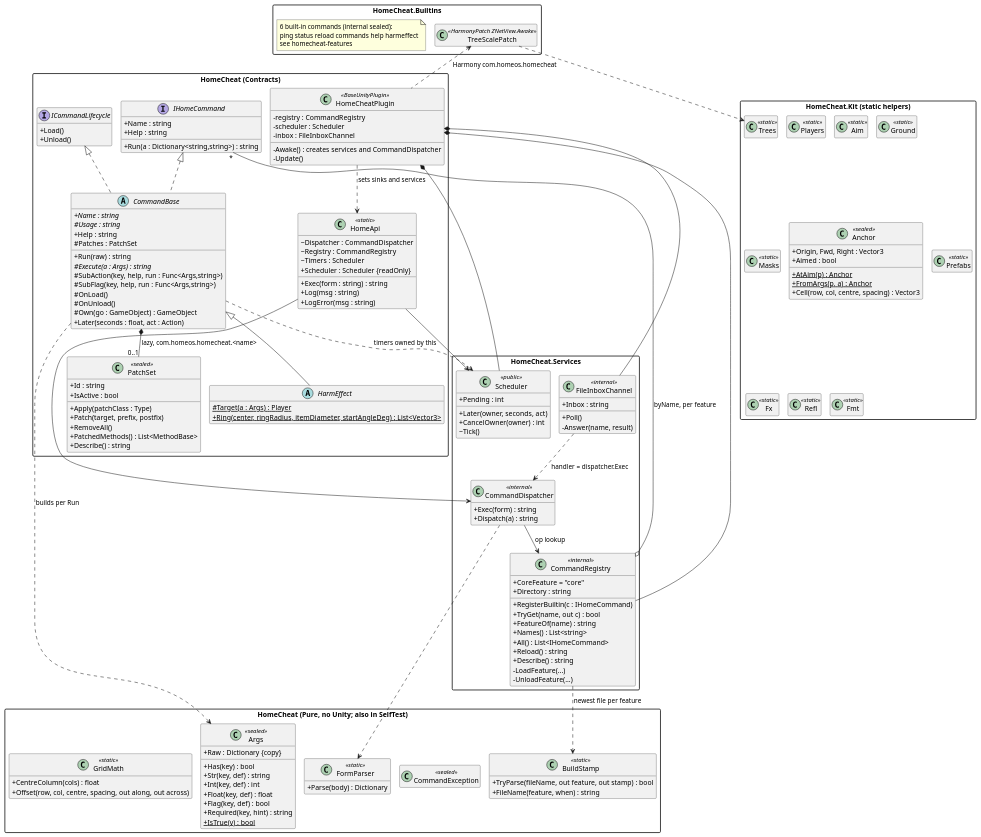
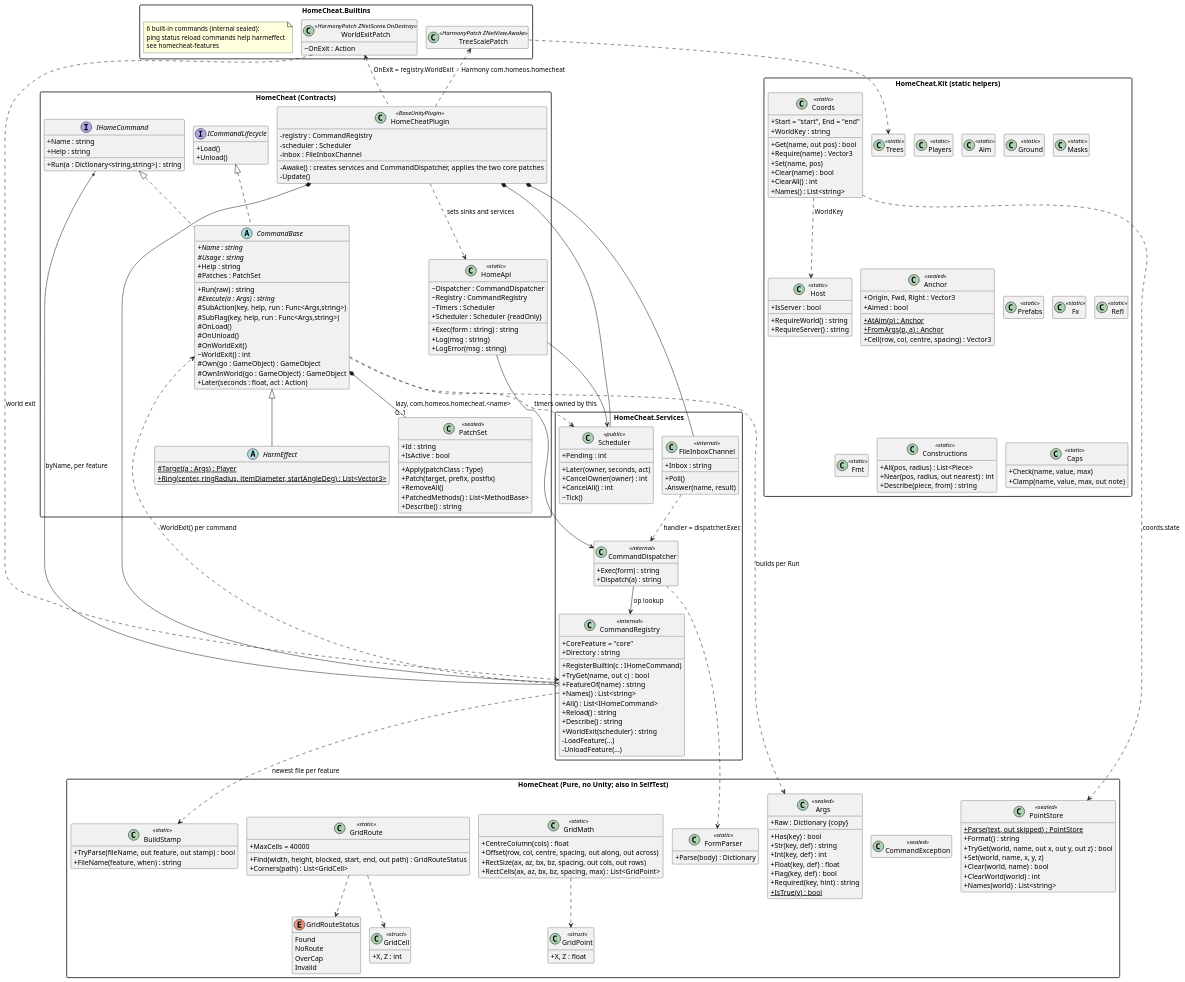
The diagram in docs/diagrams/homecheat-core.puml (Maksym-Denysiuk/ValheimMods), drawn with PlantUML before and after one commit. The commit also changed 21 other files, not shown here.

First line of the commit message:
HomeCheat core wave 0: host guard, coords, constructions, grid route, world exit

```diff
--- a/docs/diagrams/homecheat-core.puml
+++ b/docs/diagrams/homecheat-core.puml
@@ -1,5 +1,5 @@
 @startuml homecheat-core
-' HomeCheat core (HomeCheat.dll): contracts, services, Pure, Kit, built-ins. Checked against src/Core on 2026-10-25.
+' HomeCheat core (HomeCheat.dll): contracts, services, Pure, Kit, built-ins. Checked against src/Core on 2026-10-25 (wave 0 core pass: Host, Coords, Constructions, Caps, GridRoute, world exit).
 !pragma layout smetana
 skinparam classAttributeIconSize 0
 skinparam shadowing false
@@ -12,7 +12,7 @@
     -registry : CommandRegistry
     -scheduler : Scheduler
     -inbox : FileInboxChannel
-    -Awake() : creates services and CommandDispatcher
+    -Awake() : creates services and CommandDispatcher, applies the two core patches
     -Update()
   }
   class HomeApi <<static>> {
@@ -43,8 +43,11 @@
     #SubFlag(key, help, run : Func<Args,string>)
     #OnLoad()
     #OnUnload()
+    #OnWorldExit()
+    ~WorldExit() : int
     #Patches : PatchSet
     #Own(go : GameObject) : GameObject
+    #OwnInWorld(go : GameObject) : GameObject
     +Later(seconds : float, act : Action)
   }
   abstract class HarmEffect {
@@ -84,6 +87,34 @@
   class GridMath <<static>> {
     +CentreColumn(cols) : float
     +Offset(row, col, centre, spacing, out along, out across)
+    +RectSize(ax, az, bx, bz, spacing, out cols, out rows)
+    +RectCells(ax, az, bx, bz, spacing, max) : List<GridPoint>
+  }
+  class GridRoute <<static>> {
+    +MaxCells = 40000
+    +Find(width, height, blocked, start, end, out path) : GridRouteStatus
+    +Corners(path) : List<GridCell>
+  }
+  enum GridRouteStatus {
+    Found
+    NoRoute
+    OverCap
+    Invalid
+  }
+  class GridPoint <<struct>> {
+    +X, Z : float
+  }
+  class GridCell <<struct>> {
+    +X, Z : int
+  }
+  class PointStore <<sealed>> {
+    +{static} Parse(text, out skipped) : PointStore
+    +Format() : string
+    +TryGet(world, name, out x, out y, out z) : bool
+    +Set(world, name, x, y, z)
+    +Clear(world, name) : bool
+    +ClearWorld(world) : int
+    +Names(world) : List<string>
   }
 }
 
@@ -98,6 +129,7 @@
     +All() : List<IHomeCommand>
     +Reload() : string
     +Describe() : string
+    +WorldExit(scheduler) : string
     -LoadFeature(...)
     -UnloadFeature(...)
   }
@@ -113,6 +145,7 @@
   class Scheduler <<public>> {
     +Later(owner, seconds, act)
     +CancelOwner(owner) : int
+    +CancelAll() : int
     +Pending : int
     ~Tick()
   }
@@ -135,10 +168,37 @@
   class Trees <<static>>
   class Refl <<static>>
   class Fmt <<static>>
+  class Host <<static>> {
+    +IsServer : bool
+    +RequireWorld() : string
+    +RequireServer() : string
+  }
+  class Coords <<static>> {
+    +Start = "start", End = "end"
+    +WorldKey : string
+    +Get(name, out pos) : bool
+    +Require(name) : Vector3
+    +Set(name, pos)
+    +Clear(name) : bool
+    +ClearAll() : int
+    +Names() : List<string>
+  }
+  class Constructions <<static>> {
+    +All(pos, radius) : List<Piece>
+    +Near(pos, radius, out nearest) : int
+    +Describe(piece, from) : string
+  }
+  class Caps <<static>> {
+    +Check(name, value, max)
+    +Clamp(name, value, max, out note)
+  }
 }
 
 package "HomeCheat.Builtins" {
   class TreeScalePatch <<HarmonyPatch ZNetView.Awake>>
+  class WorldExitPatch <<HarmonyPatch ZNetScene.OnDestroy>> {
+    ~OnExit : Action
+  }
   note "6 built-in commands (internal sealed):\nping status reload commands help harmeffect\nsee homecheat-features" as NB
 }
 
@@ -147,6 +207,9 @@
 HomeCheatPlugin *-- FileInboxChannel
 HomeCheatPlugin ..> HomeApi : sets sinks and services
 TreeScalePatch <.. HomeCheatPlugin : Harmony com.homeos.homecheat
+WorldExitPatch <.. HomeCheatPlugin : OnExit = registry.WorldExit
+WorldExitPatch ..> CommandRegistry : world exit
+CommandRegistry ..> CommandBase : WorldExit() per command
 FileInboxChannel ..> CommandDispatcher : handler = dispatcher.Exec
 CommandDispatcher --> CommandRegistry : op lookup
 CommandDispatcher ..> FormParser
@@ -163,4 +226,9 @@
 CommandBase ..> Scheduler : timers owned by this
 
 TreeScalePatch ..> Trees
+GridRoute ..> GridCell
+GridRoute ..> GridRouteStatus
+GridMath ..> GridPoint
+Coords ..> PointStore : coords.state
+Coords ..> Host : WorldKey
 @enduml
```
